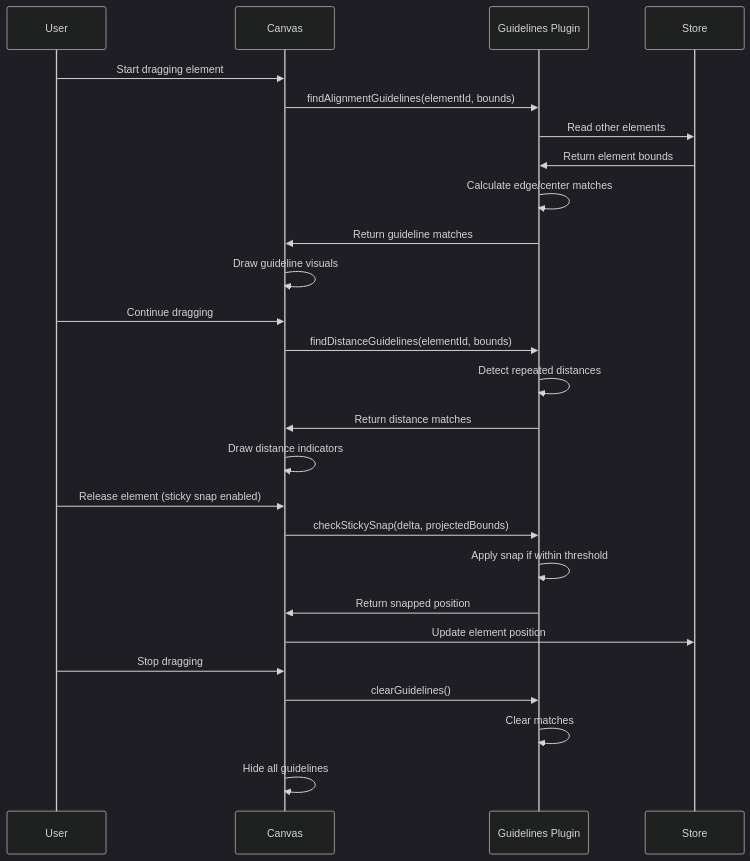
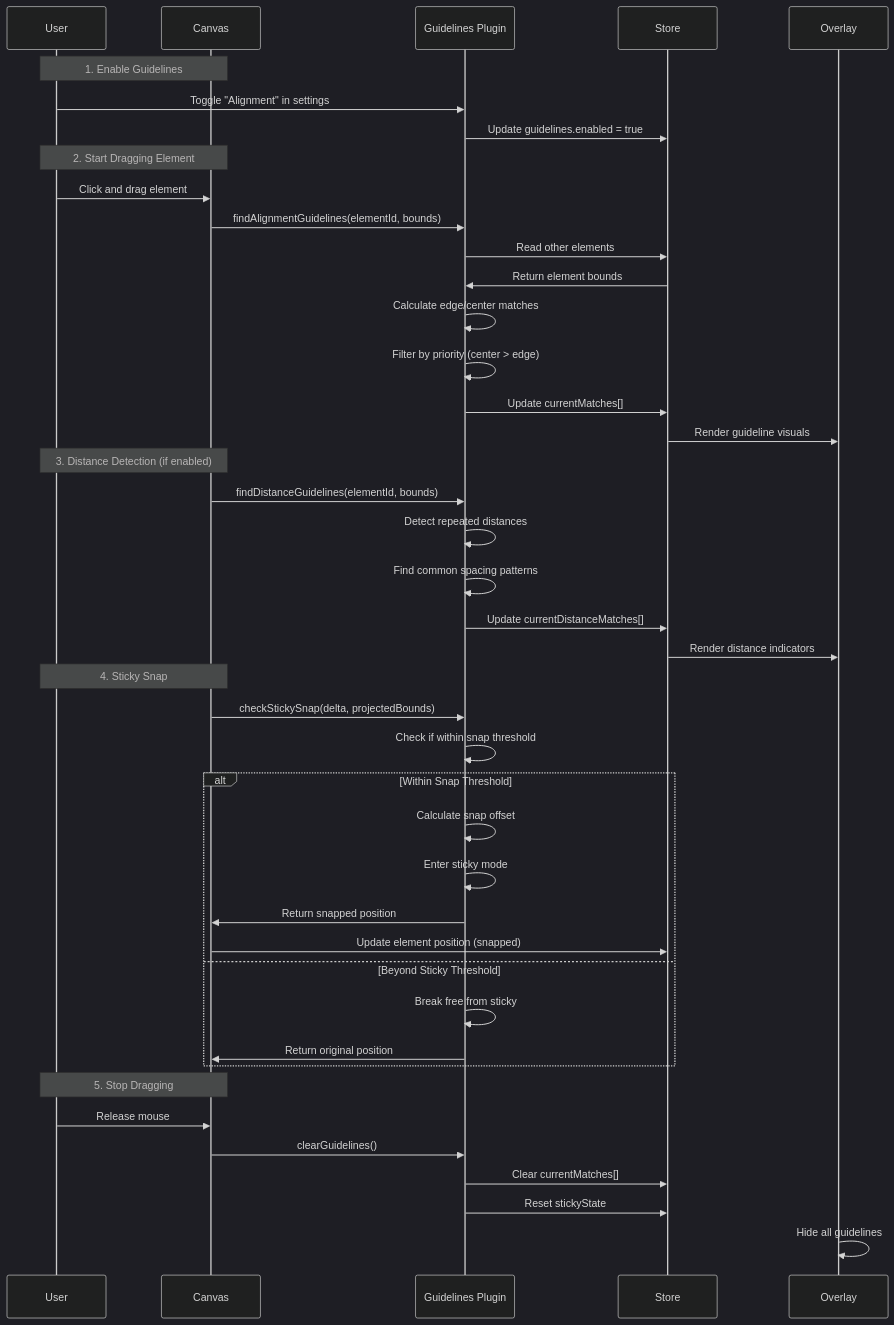
The first of 4 diagrams in doc/docs/plugins/catalog/guidelines.md (ekrsulov/ttpe), drawn with Mermaid (dark theme) before and after one commit. The commit also changed other lines of this file and 20 other files, not shown here.

````diff
--- a/doc/docs/plugins/catalog/guidelines.md
+++ b/doc/docs/plugins/catalog/guidelines.md
@@ -21,32 +24,50 @@
 ```mermaid
 sequenceDiagram
     participant User
     participant Canvas
     participant GP as Guidelines Plugin
     participant Store
+    participant Overlay
     
-    User->>Canvas: Start dragging element
+    Note over User,Canvas: 1. Enable Guidelines
+    User->>GP: Toggle "Alignment" in settings
+    GP->>Store: Update guidelines.enabled = true
+    
+    Note over User,Canvas: 2. Start Dragging Element
+    User->>Canvas: Click and drag element
     Canvas->>GP: findAlignmentGuidelines(elementId, bounds)
     GP->>Store: Read other elements
     Store->>GP: Return element bounds
     GP->>GP: Calculate edge/center matches
-    GP->>Canvas: Return guideline matches
-    Canvas->>Canvas: Draw guideline visuals
+    GP->>GP: Filter by priority (center > edge)
+    GP->>Store: Update currentMatches[]
+    Store->>Overlay: Render guideline visuals
     
-    User->>Canvas: Continue dragging
+    Note over User,Canvas: 3. Distance Detection (if enabled)
     Canvas->>GP: findDistanceGuidelines(elementId, bounds)
     GP->>GP: Detect repeated distances
-    GP->>Canvas: Return distance matches
-    Canvas->>Canvas: Draw distance indicators
+    GP->>GP: Find common spacing patterns
+    GP->>Store: Update currentDistanceMatches[]
+    Store->>Overlay: Render distance indicators
     
-    User->>Canvas: Release element (sticky snap enabled)
+    Note over User,Canvas: 4. Sticky Snap
     Canvas->>GP: checkStickySnap(delta, projectedBounds)
-    GP->>GP: Apply snap if within threshold
-    GP->>Canvas: Return snapped position
-    Canvas->>Store: Update element position
+    GP->>GP: Check if within snap threshold
     
-    User->>Canvas: Stop dragging
+    alt Within Snap Threshold
+        GP->>GP: Calculate snap offset
+        GP->>GP: Enter sticky mode
+        GP->>Canvas: Return snapped position
+        Canvas->>Store: Update element position (snapped)
+    else Beyond Sticky Threshold
+        GP->>GP: Break free from sticky
+        GP->>Canvas: Return original position
+    end
+    
+    Note over User,Canvas: 5. Stop Dragging
+    User->>Canvas: Release mouse
     Canvas->>GP: clearGuidelines()
-    GP->>GP: Clear matches
-    Canvas->>Canvas: Hide all guidelines
+    GP->>Store: Clear currentMatches[]
+    GP->>Store: Reset stickyState
+    Overlay->>Overlay: Hide all guidelines
 ```
````
